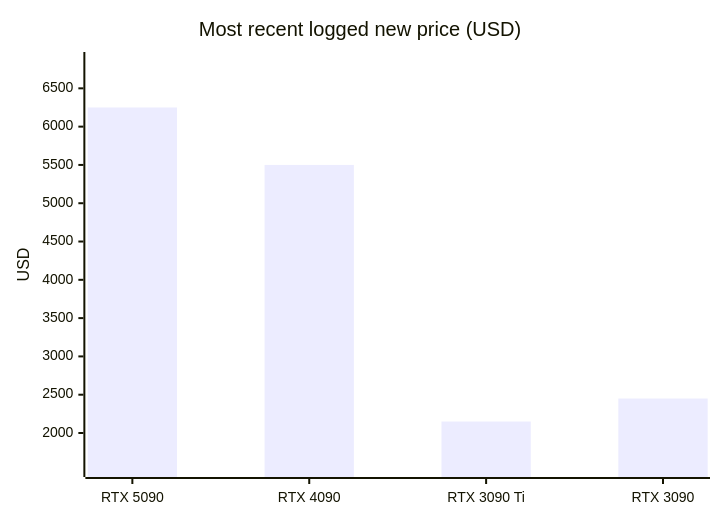
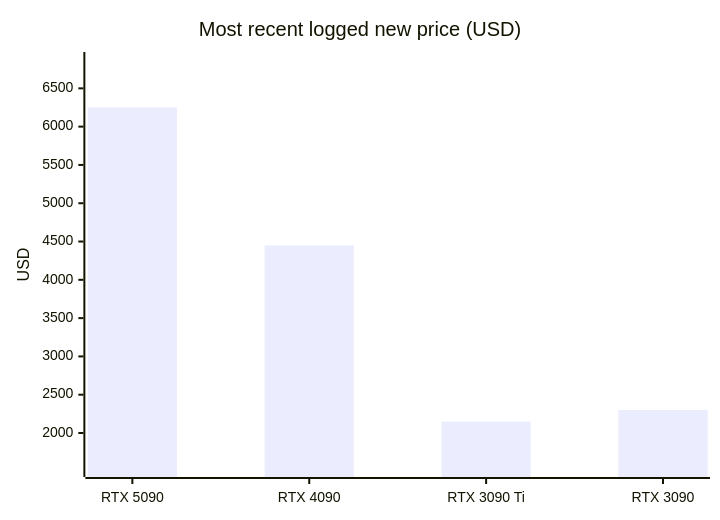
One commit to 7324136828/4tb_ssd_price_watch changed the fifth of 18 diagrams in README.md. Above: the diagram before and after it, drawn with Mermaid. The commit also changed other lines of this file, not shown here.

````diff
--- a/README.md
+++ b/README.md
@@ -394,7 +408,7 @@
 ```mermaid
 xychart-beta
     title "Most recent logged new price (USD)"
     x-axis ["RTX 5090", "RTX 4090", "RTX 3090 Ti", "RTX 3090"]
     y-axis "USD" 1530 --> 6870
-    bar [6249.99, 5500.00, 2150.00, 2450.00]
+    bar [6249.99, 4449.00, 2150.00, 2300.00]
 ```
````
